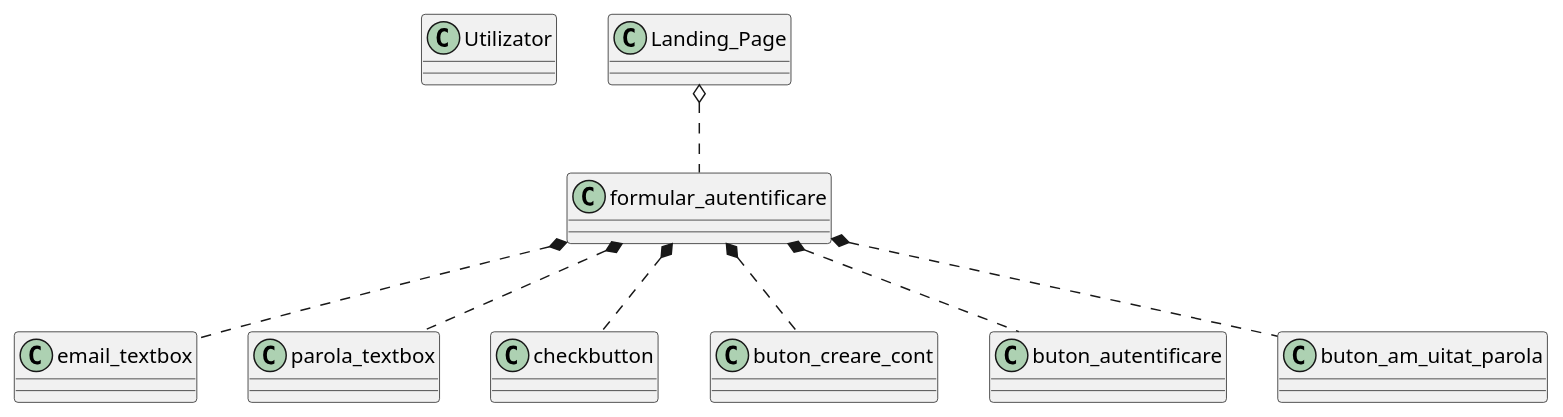
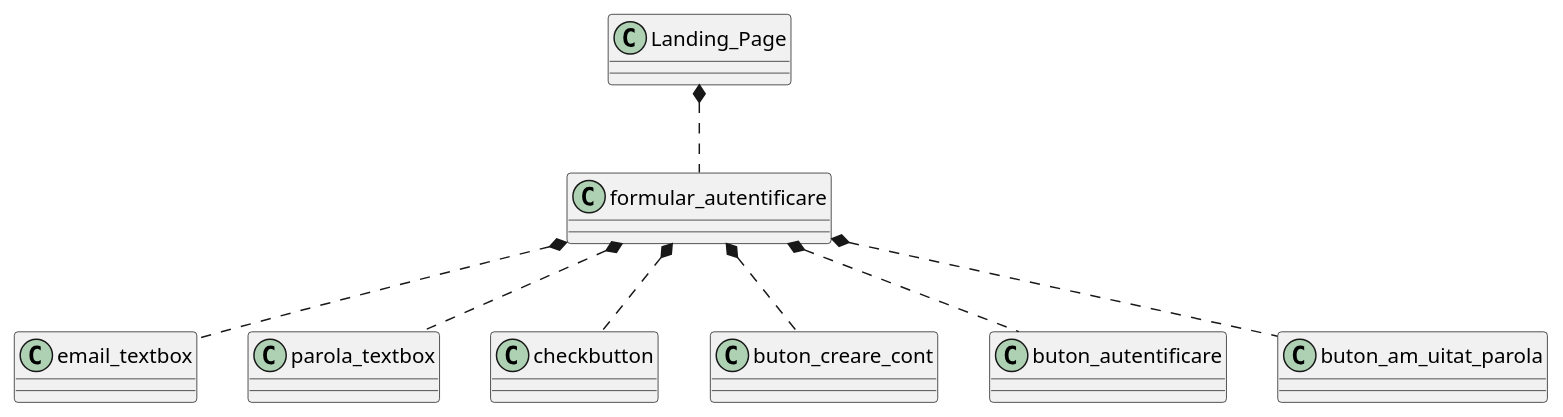
The diagram in ClassDiagram.puml (GelilFabian/CarHub), drawn with PlantUML before and after one commit. The commit also changed 2 other files, not shown here.

```diff
--- a/ClassDiagram.puml
+++ b/ClassDiagram.puml
@@ -1,29 +1,28 @@
 @startuml
 'https://plantuml.com/class-diagram
-class Utilizator {
-}
 class Landing_Page {
 }
 class formular_autentificare {
 }
 class email_textbox {
 }
 class parola_textbox {
 }
 class checkbutton {
 }
 class buton_creare_cont {
 }
 class buton_autentificare {
 }
 class buton_am_uitat_parola {
 }
 
-Landing_Page o.. formular_autentificare
+
+Landing_Page *.. formular_autentificare
 formular_autentificare *.. email_textbox
 formular_autentificare *.. parola_textbox
 formular_autentificare *.. checkbutton
 formular_autentificare *.. buton_creare_cont
 formular_autentificare *.. buton_autentificare
 formular_autentificare *.. buton_am_uitat_parola
 @enduml
```
